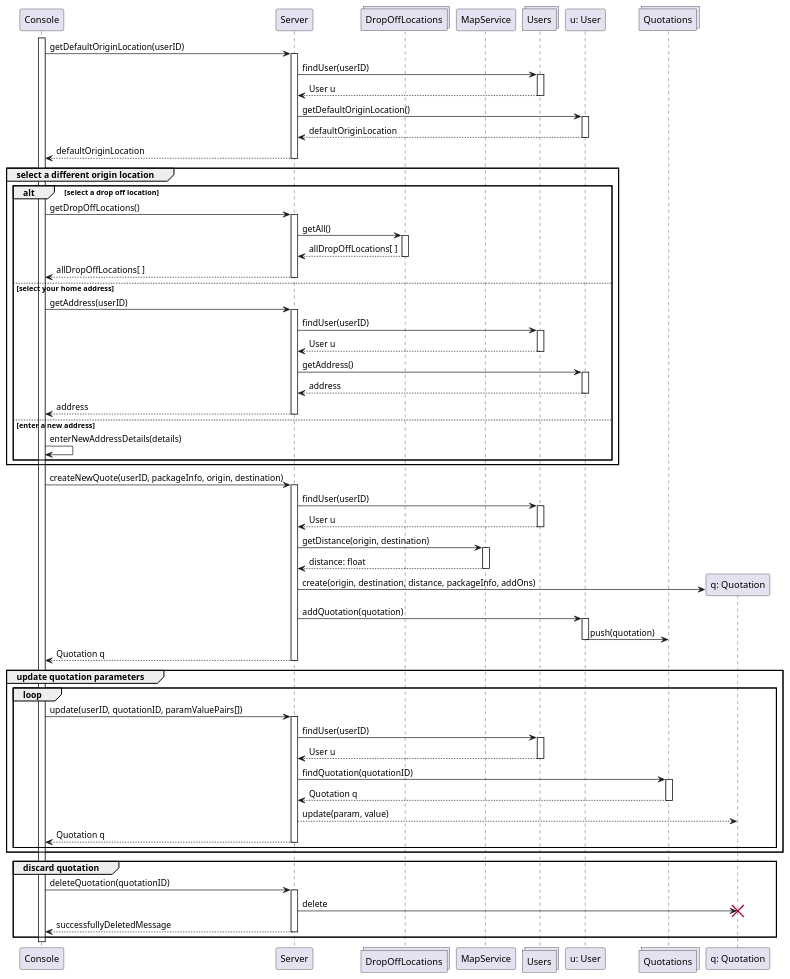
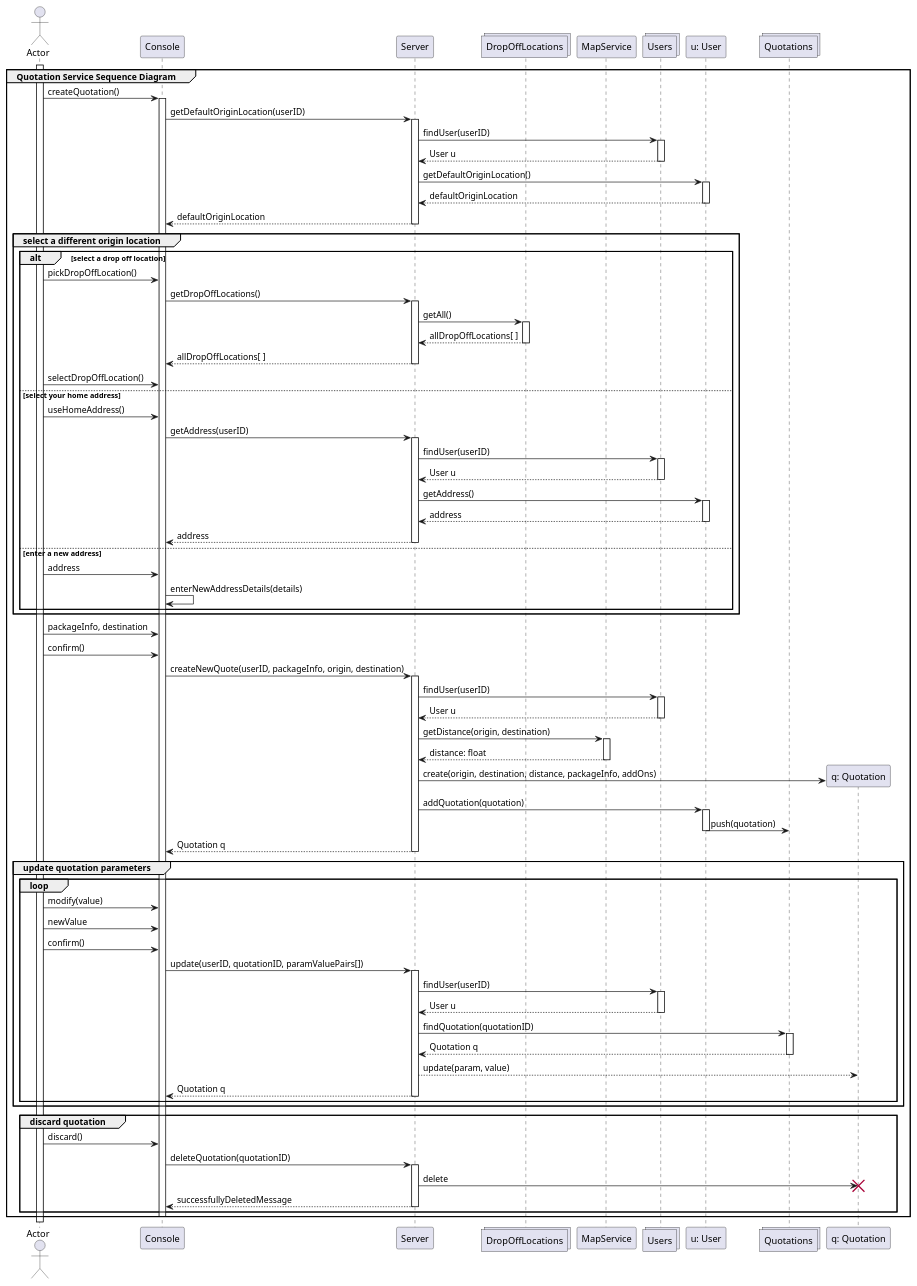
One commit to FrancoDominguez/SOEN343-CPS changed the diagram in QuotationServiceSD.puml. Above: the diagram before and after it, drawn with PlantUML. The commit also changed 3 other files, not shown here.

Commit message:
added actor to quotation service sequence diagram

```diff
--- a/QuotationServiceSD.puml
+++ b/QuotationServiceSD.puml
@@ -1,66 +1,80 @@
 @startuml
-  participant Console as Console
-  participant Server as Server
-  collections DropOffLocations as DropOffLocations
-  participant MapService as MapService
-  collections Users as Users
-  participant User as "u: User"
-  collections Quotations as Quotations
+actor Actor as Actor
+participant Console as Console
+participant Server as Server
+collections DropOffLocations as DropOffLocations
+participant MapService as MapService
+collections Users as Users
+participant User as "u: User"
+collections Quotations as Quotations
 
-  activate Console
+group Quotation Service Sequence Diagram
+  activate Actor
+  Actor -> Console ++ : createQuotation()
   Console -> Server ++ : getDefaultOriginLocation(userID)
   Server -> Users ++: findUser(userID)
   Users --> Server --: User u
   Server -> User ++: getDefaultOriginLocation()
   User --> Server --: defaultOriginLocation
   Server --> Console -- : defaultOriginLocation
 
   group select a different origin location
     alt select a drop off location 
+      Actor -> Console: pickDropOffLocation()
       Console -> Server ++: getDropOffLocations()
       Server -> DropOffLocations ++ : getAll()
       DropOffLocations --> Server -- : allDropOffLocations[ ]
       Server --> Console -- : allDropOffLocations[ ]
+      Actor -> Console: selectDropOffLocation()
     else select your home address
+      Actor -> Console: useHomeAddress()
       Console -> Server ++: getAddress(userID)
       Server -> Users ++: findUser(userID)
       Users --> Server -- : User u
       Server -> User ++: getAddress()
       User --> Server --: address
       Server --> Console --: address
     else enter a new address
+      Actor -> Console: address
       Console -> Console: enterNewAddressDetails(details)
     end
   end
 
+  Actor -> Console: packageInfo, destination
+  Actor -> Console: confirm()
   Console -> Server ++ : createNewQuote(userID, packageInfo, origin, destination)
   Server -> Users ++: findUser(userID)
   Users --> Server -- : User u
   Server -> MapService ++ : getDistance(origin, destination)
   MapService --> Server -- : distance: float
   Server -> Quotation as "q: Quotation" ** : create(origin, destination, distance, packageInfo, addOns)
   Server -> User ++: addQuotation(quotation)
   User -> Quotations --: push(quotation)
   Server --> Console -- : Quotation q
 
   group update quotation parameters
     loop
+      Actor -> Console: modify(value)
+      Actor -> Console: newValue
+      Actor -> Console: confirm()
       Console -> Server ++: update(userID, quotationID, paramValuePairs[])
       Server -> Users ++: findUser(userID)
       Users --> Server -- : User u
       Server -> Quotations ++: findQuotation(quotationID)
       Quotations --> Server -- :Quotation q
       Server --> Quotation :update(param, value)
       Server --> Console -- : Quotation q
     end
   end
 
-group discard quotation
-  Console -> Server ++ : deleteQuotation(quotationID)
-  Server -> Quotation !!: delete
-  Server --> Console -- : successfullyDeletedMessage
+  group discard quotation
+    Actor -> Console: discard()
+    Console -> Server ++ : deleteQuotation(quotationID)
+    Server -> Quotation !!: delete
+    Server --> Console -- : successfullyDeletedMessage
+  end
+
+  deactivate Console
 end
 
-  deactivate Console
-
 @enduml
```
